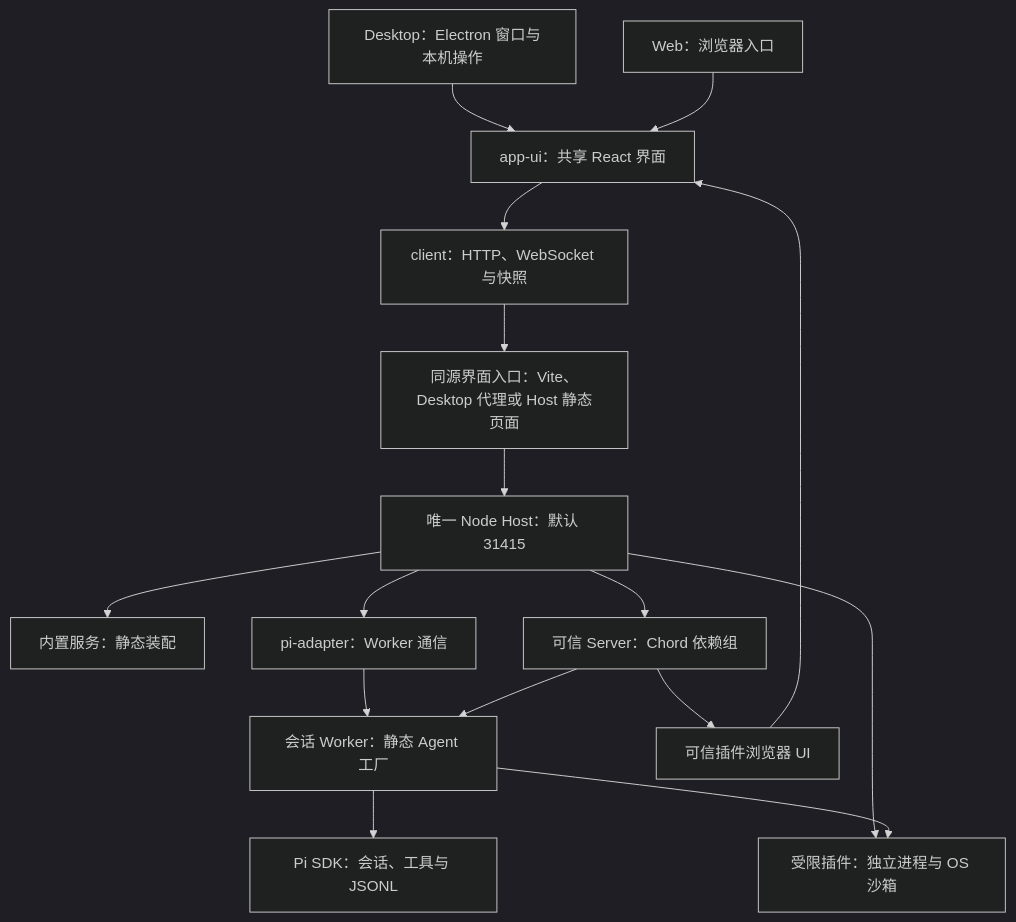
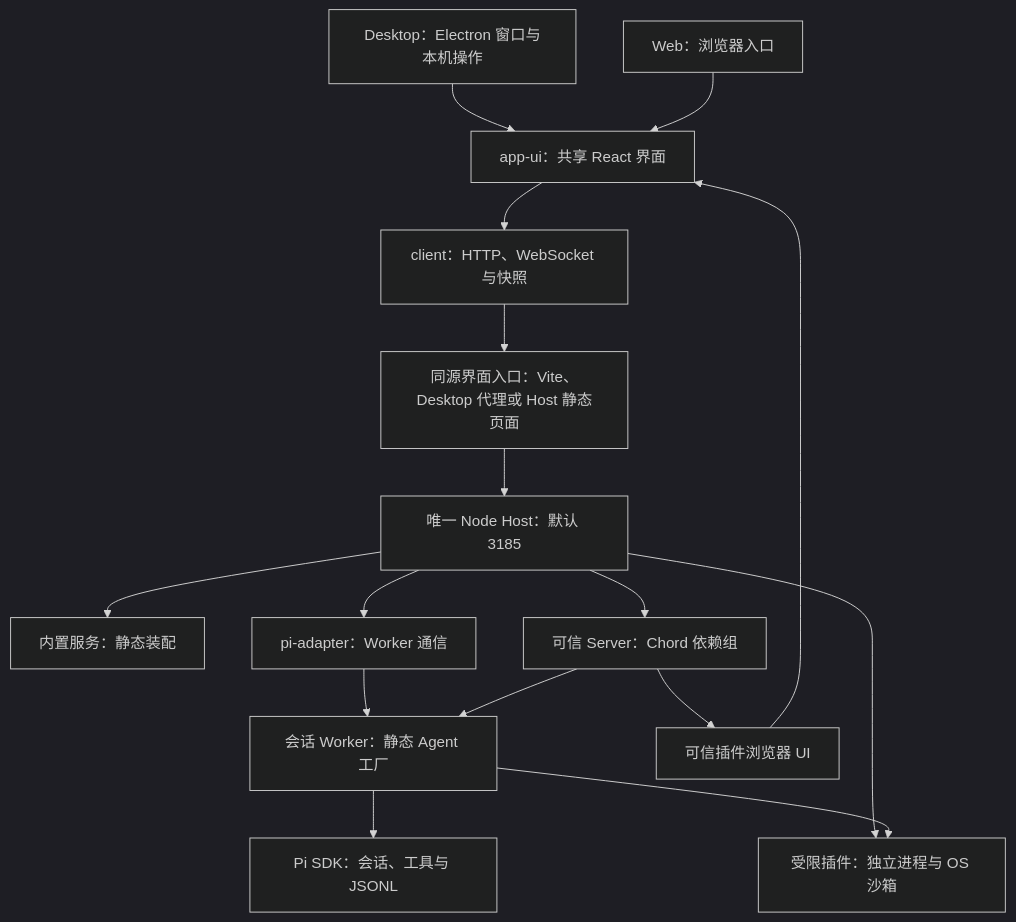
Before and after one commit to xidongdong-153/Pi-meme: the diagram in docs/architecture.md, drawn with Mermaid. The commit also changed other lines of this file and 16 other files, not shown here.

````diff
--- a/docs/architecture.md
+++ b/docs/architecture.md
@@ -34,19 +34,19 @@
 ```mermaid
 %%{init: {"theme": "dark"}}%%
 flowchart TD
   Desktop["Desktop：Electron 窗口与本机操作"] --> App["app-ui：共享 React 界面"]
   Web["Web：浏览器入口"] --> App
   App --> Client["client：HTTP、WebSocket 与快照"]
   Client --> Entry["同源界面入口：Vite、Desktop 代理或 Host 静态页面"]
-  Entry --> Host["唯一 Node Host：默认 31415"]
+  Entry --> Host["唯一 Node Host：默认 3185"]
   Host --> Builtins["内置服务：静态装配"]
   Host --> Plugins["可信 Server：Chord 依赖组"]
   Host --> Runner["受限插件：独立进程与 OS 沙箱"]
   Host --> Adapter["pi-adapter：Worker 通信"]
   Adapter --> Worker["会话 Worker：静态 Agent 工厂"]
   Worker --> Pi["Pi SDK：会话、工具与 JSONL"]
   Plugins --> Worker
   Worker --> Runner
   Plugins --> UiPlugins["可信插件浏览器 UI"]
   UiPlugins --> App
 ```
````
